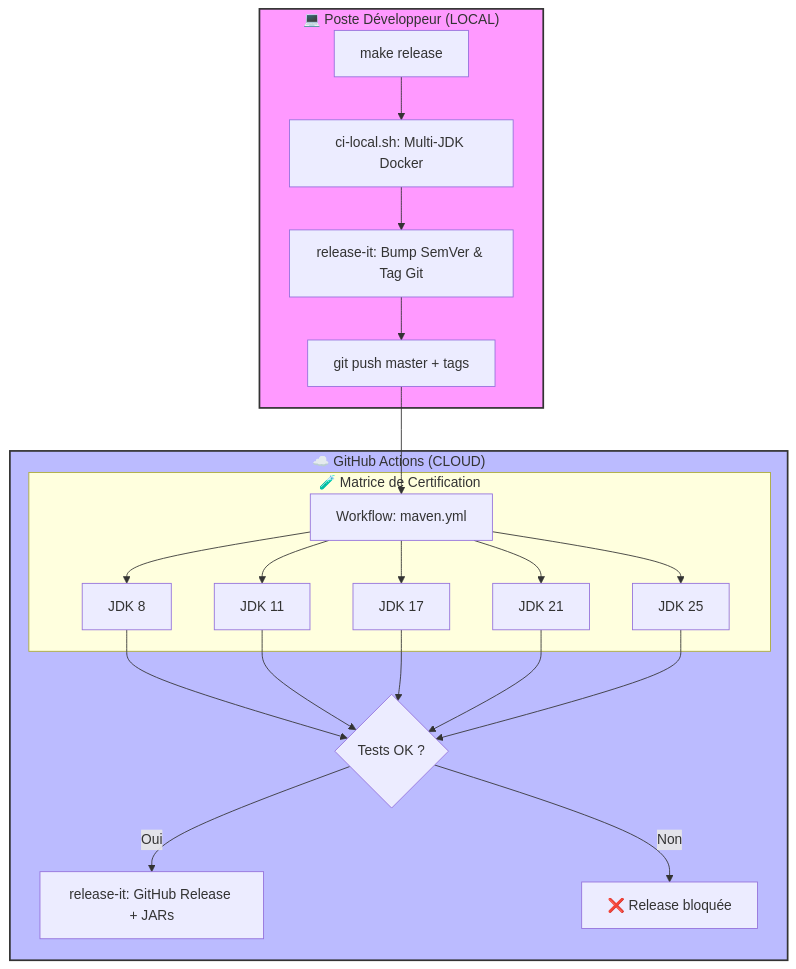
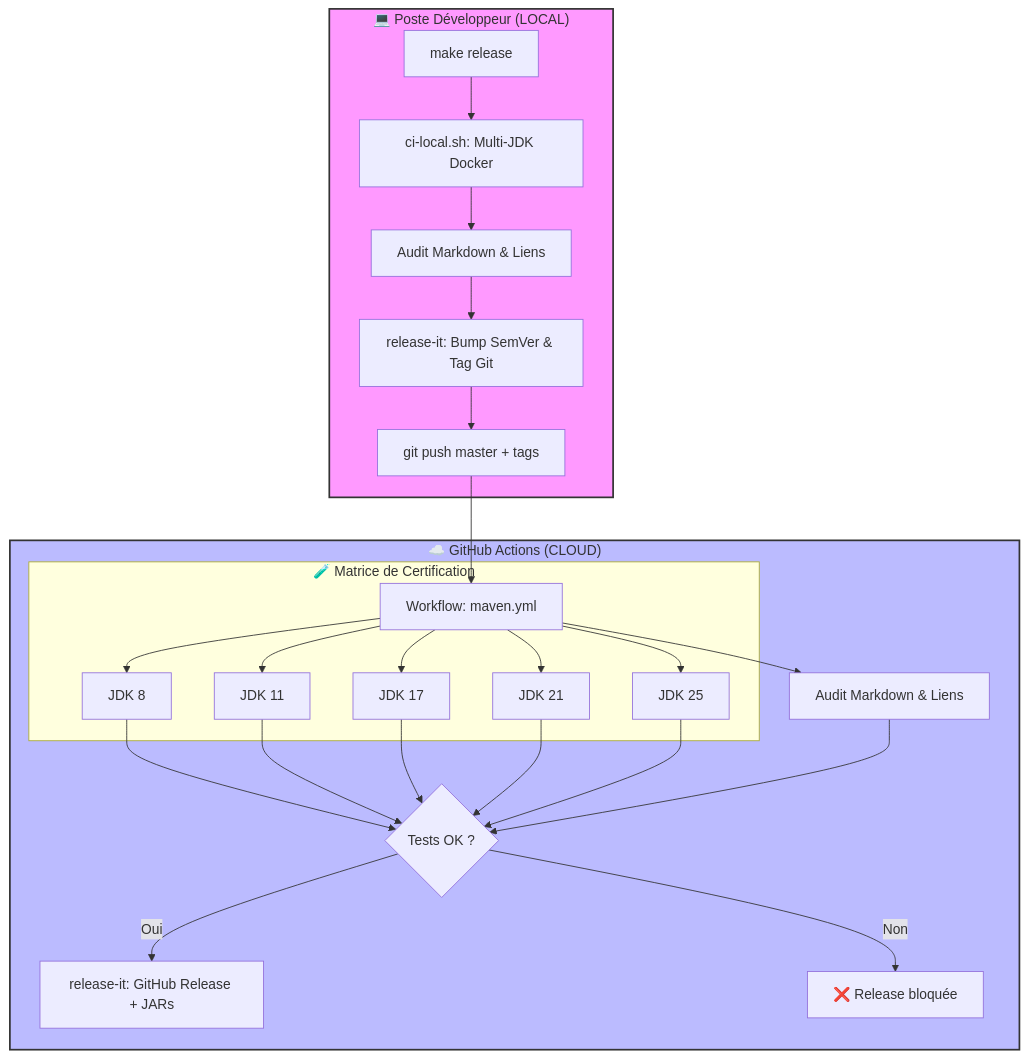
One commit to Q300Z/scribejava changed the first of 2 diagrams in docs/CI_DOCUMENTATION.md. Above: the diagram before and after it, drawn with Mermaid. The commit also changed other lines of this file and 5 other files, not shown here.

````diff
--- a/docs/CI_DOCUMENTATION.md
+++ b/docs/CI_DOCUMENTATION.md
@@ -11,26 +11,28 @@
 ```mermaid
 graph TD
     subgraph Local ["💻 Poste Développeur (LOCAL)"]
         Trigger[make release] --> CertPre[ci-local.sh: Multi-JDK Docker]
-        CertPre --> Bump[release-it: Bump SemVer & Tag Git]
+        CertPre --> DocLint[Audit Markdown & Liens]
+        DocLint --> Bump[release-it: Bump SemVer & Tag Git]
         Bump --> Push[git push master + tags]
     end
 
     subgraph Cloud ["☁️ GitHub Actions (CLOUD)"]
         Push --> MavenCI[Workflow: maven.yml]
+        MavenCI --> GHDocLint[Audit Markdown & Liens]
         subgraph "🧪 Matrice de Certification"
             MavenCI --> JDK8[JDK 8]
             MavenCI --> JDK11[JDK 11]
             MavenCI --> JDK17[JDK 17]
             MavenCI --> JDK21[JDK 21]
             MavenCI --> JDK25[JDK 25]
         end
         
-        JDK8 & JDK11 & JDK17 & JDK21 & JDK25 --> Success{Tests OK ?}
+        JDK8 & JDK11 & JDK17 & JDK21 & JDK25 & GHDocLint --> Success{Tests OK ?}
         Success -- Oui --> Publish[release-it: GitHub Release + JARs]
         Success -- Non --> Abort[❌ Release bloquée]
     end
 
     style Local fill:#f9f,stroke:#333,stroke-width:2px
     style Cloud fill:#bbf,stroke:#333,stroke-width:2px
 ```
````
